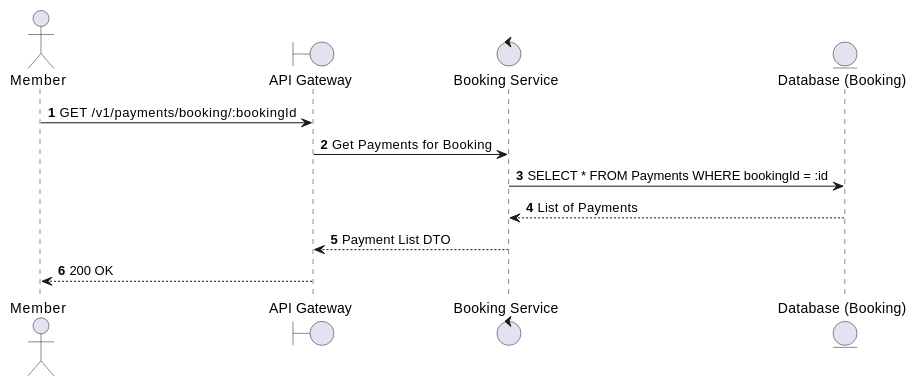
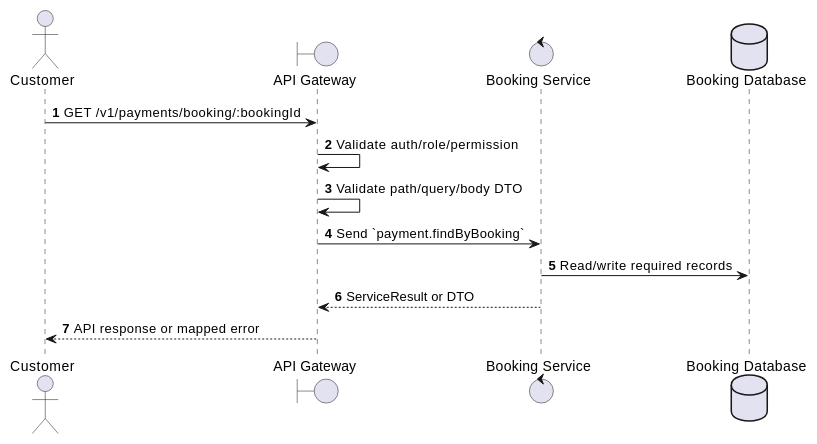
One commit to Tanh1603/movie-hub-architecture changed the first of 2 diagrams in docs/functional_specs/3.6_Payment_Transaction_Module/PY-03_Get_Payments_by_Booking.md. Above: the diagram before and after it, drawn with PlantUML. The commit also changed other lines of this file and 126 other files, not shown here.

````diff
--- a/docs/functional_specs/3.6_Payment_Transaction_Module/PY-03_Get_Payments_by_Booking.md
+++ b/docs/functional_specs/3.6_Payment_Transaction_Module/PY-03_Get_Payments_by_Booking.md
@@ -17,16 +17,17 @@
 ```plantuml
 @startuml
 autonumber
-actor Member
+actor "Customer" as Actor
 boundary "API Gateway" as GW
-control "Booking Service" as BS
-entity "Database (Booking)" as DB
+control "Booking Service" as SVC
+database "Booking Database" as DB
 
-Member -> GW: GET /v1/payments/booking/:bookingId
-GW -> BS: Get Payments for Booking
-BS -> DB: SELECT * FROM Payments WHERE bookingId = :id
-DB --> BS: List of Payments
-BS --> GW: Payment List DTO
-GW --> Member: 200 OK
+Actor -> GW: GET /v1/payments/booking/:bookingId
+GW -> GW: Validate auth/role/permission
+GW -> GW: Validate path/query/body DTO
+GW -> SVC: Send `payment.findByBooking`
+SVC -> DB: Read/write required records
+SVC --> GW: ServiceResult or DTO
+GW --> Actor: API response or mapped error
 @enduml
 ```
````
